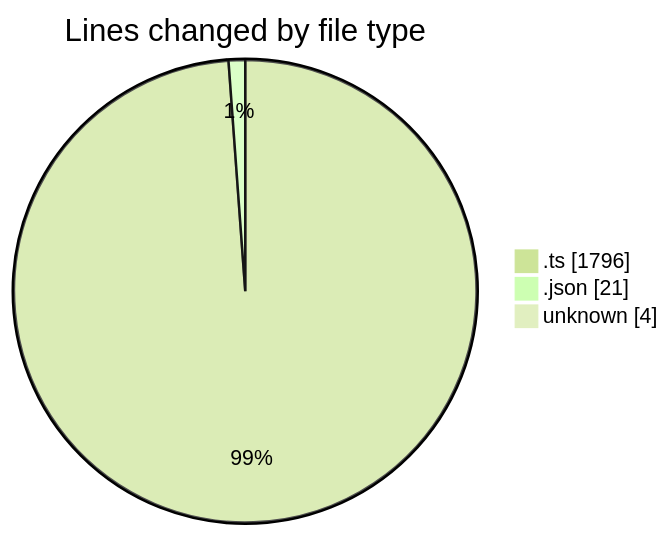
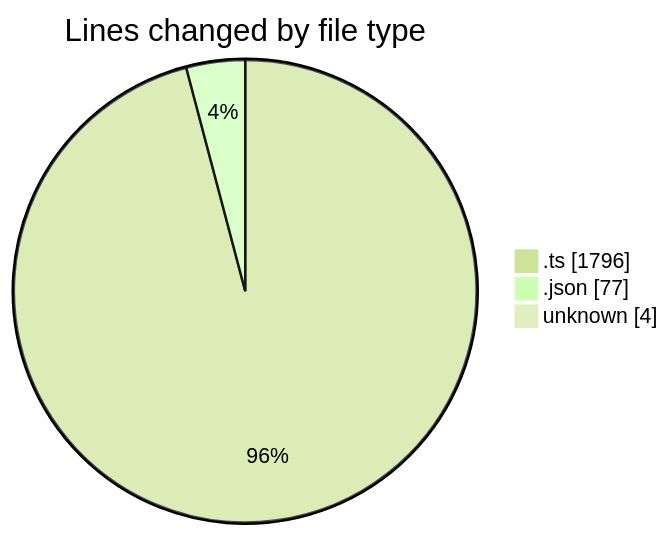
One commit to tmsrecording-cyber/code-tracking changed the first of 2 diagrams in 2026-02-03/singularitybrainai/README.md. Above: the diagram before and after it, drawn with Mermaid (forest theme). The commit also changed other lines of this file and 1 other file, not shown here.

````diff
--- a/2026-02-03/singularitybrainai/README.md
+++ b/2026-02-03/singularitybrainai/README.md
@@ -23,7 +23,7 @@
 ```mermaid
 pie showData
 title Lines changed by file type
 ".ts" : 1796
-".json" : 21
+".json" : 77
 "unknown" : 4
 ```
````
